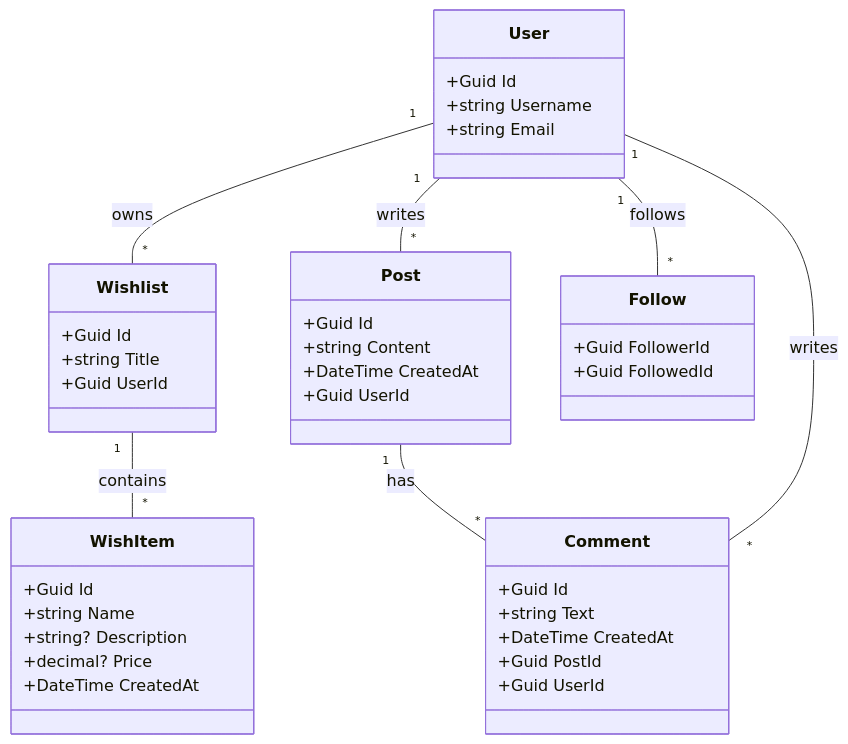
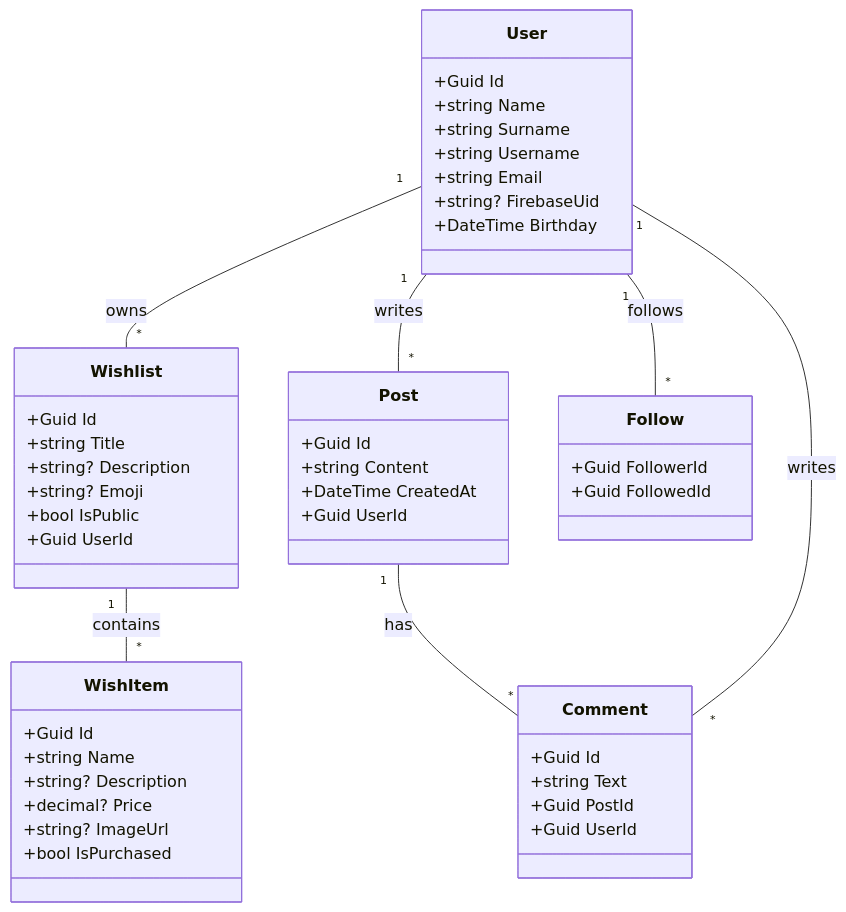
Before and after one commit to jmrodri610/wisheo-backend-dotnet: the first of 2 diagrams in README.md, drawn with Mermaid. The commit also changed other lines of this file, not shown here.

````diff
--- a/README.md
+++ b/README.md
@@ -19,44 +29,51 @@
 ```mermaid
 classDiagram
     class User {
         +Guid Id
+        +string Name
+        +string Surname
         +string Username
         +string Email
+        +string? FirebaseUid
+        +DateTime Birthday
     }
     class Wishlist {
         +Guid Id
         +string Title
+        +string? Description
+        +string? Emoji
+        +bool IsPublic
         +Guid UserId
     }
     class WishItem {
         +Guid Id
         +string Name
         +string? Description
         +decimal? Price
-        +DateTime CreatedAt
+        +string? ImageUrl
+        +bool IsPurchased
     }
     class Post {
         +Guid Id
         +string Content
         +DateTime CreatedAt
         +Guid UserId
     }
     class Comment {
         +Guid Id
         +string Text
-        +DateTime CreatedAt
         +Guid PostId
         +Guid UserId
     }
     class Follow {
         +Guid FollowerId
         +Guid FollowedId
     }
 
     User "1" -- "*" Wishlist : owns
     Wishlist "1" -- "*" WishItem : contains
     User "1" -- "*" Post : writes
     Post "1" -- "*" Comment : has
     User "1" -- "*" Comment : writes
     User "1" -- "*" Follow : follows
 ```
````
